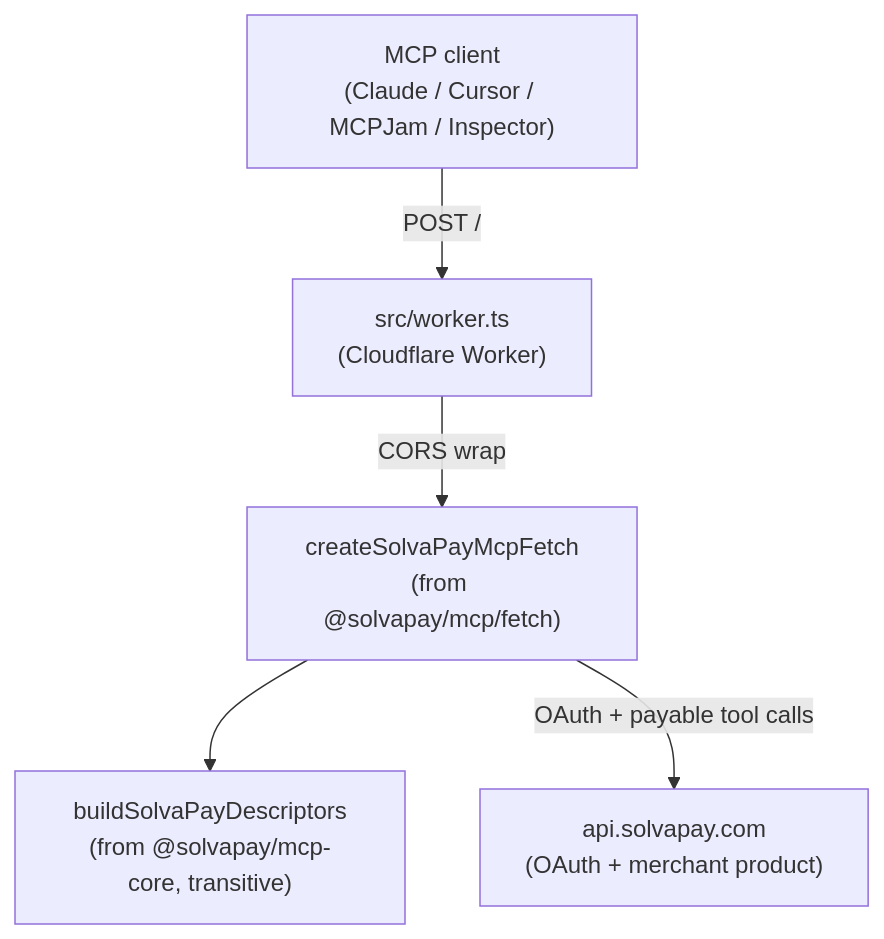
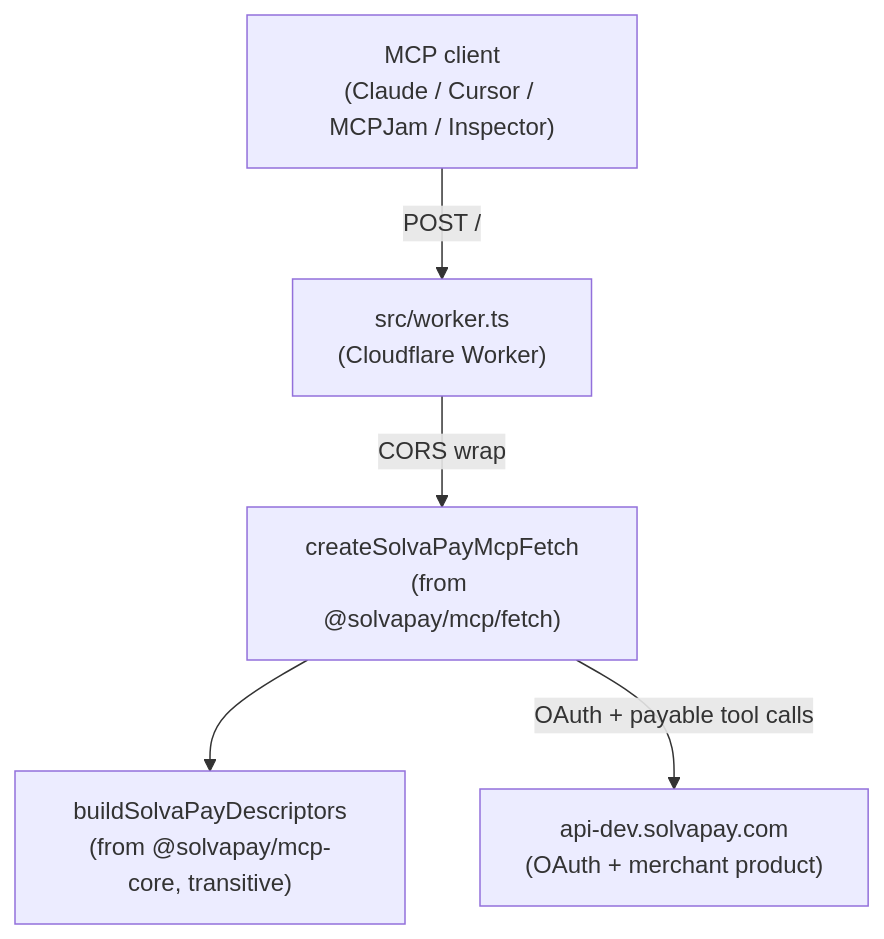
The diagram in examples/cloudflare-workers-mcp/README.md (solvapay/solvapay-sdk), drawn with Mermaid before and after one commit. The commit also changed other lines of this file and 3 other files, not shown here.

First line of the commit message:
fix(examples/cloudflare-workers-mcp): point at api-dev.solvapay.com

````diff
--- a/examples/cloudflare-workers-mcp/README.md
+++ b/examples/cloudflare-workers-mcp/README.md
@@ -87,13 +87,13 @@
 ```mermaid
 flowchart TD
     Client["MCP client<br/>(Claude / Cursor / MCPJam / Inspector)"]
     Worker["src/worker.ts<br/>(Cloudflare Worker)"]
     Fetch["createSolvaPayMcpFetch<br/>(from @solvapay/mcp/fetch)"]
     Core["buildSolvaPayDescriptors<br/>(from @solvapay/mcp-core, transitive)"]
-    API["api.solvapay.com<br/>(OAuth + merchant product)"]
+    API["api-dev.solvapay.com<br/>(OAuth + merchant product)"]
 
     Client -->|POST /| Worker
     Worker -->|CORS wrap| Fetch
     Fetch --> Core
     Fetch -->|OAuth + payable tool calls| API
 ```
````
